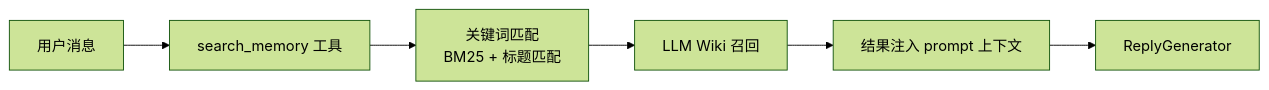
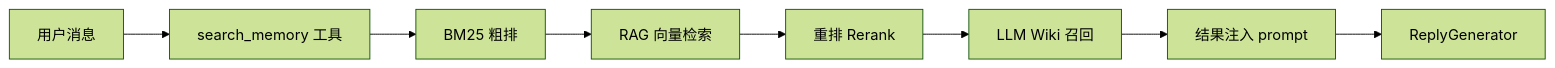
One commit to 899ms/wechat-mac-rpa changed the second of 3 diagrams in README.md. Above: the diagram before and after it, drawn with Mermaid (forest theme). The commit also changed other lines of this file and 2 other files, not shown here.

First line of the commit message:
docs(architecture): rewrite system diagram and add Judge/Experiment chapters

````diff
--- a/README.md
+++ b/README.md
@@ -177,8 +190,10 @@
 ```mermaid
 graph LR
     A["用户消息"] --> B["search_memory 工具"]
-    B --> C["关键词匹配<br/>BM25 + 标题匹配"]
-    C --> D["LLM Wiki 召回"]
-    D --> E["结果注入 prompt 上下文"]
-    E --> F["ReplyGenerator"]
+    B --> C["BM25 粗排"]
+    C --> D["RAG 向量检索"]
+    D --> E["重排 Rerank"]
+    E --> F["LLM Wiki 召回"]
+    F --> G["结果注入 prompt"]
+    G --> H["ReplyGenerator"]
 ```
````
